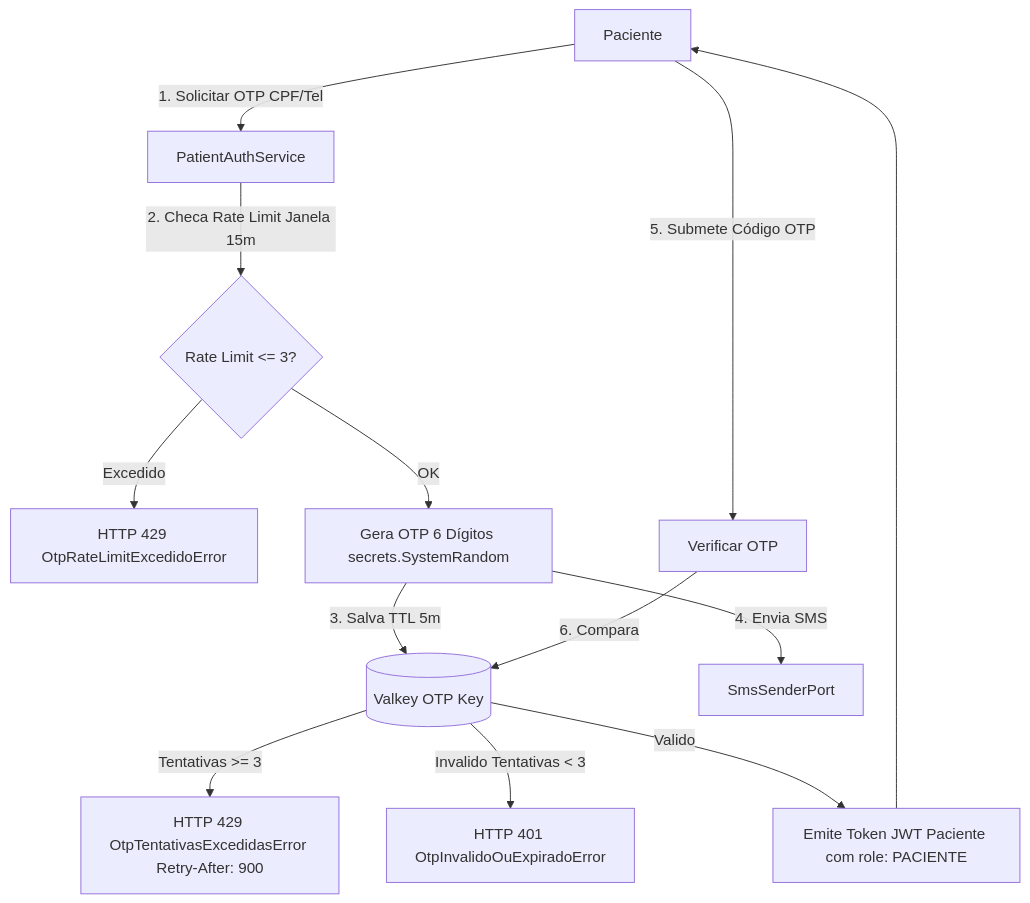
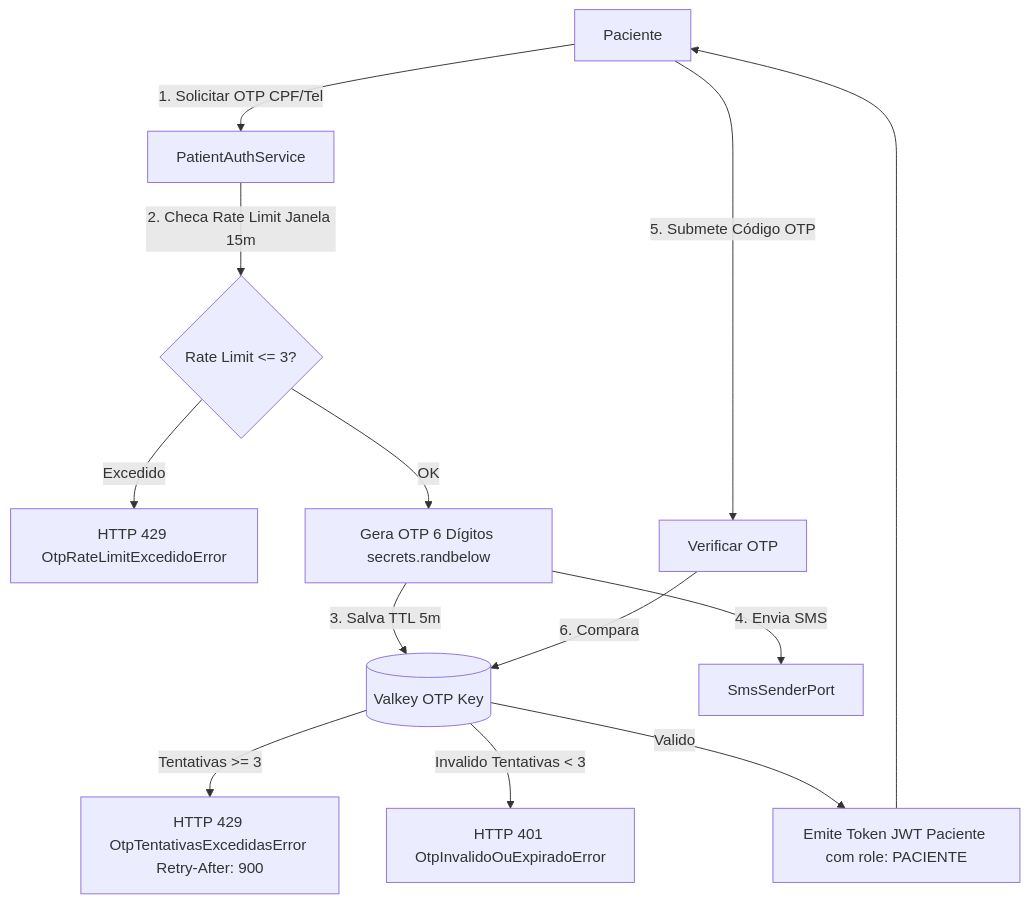
Before and after one commit to Rafaelp122/medisync: the second of 3 diagrams in docs/explanation/domains/auth-domain.md, drawn with Mermaid. The commit also changed other lines of this file and 27 other files, not shown here.

````diff
--- a/docs/explanation/domains/auth-domain.md
+++ b/docs/explanation/domains/auth-domain.md
@@ -51,15 +52,15 @@
 ```mermaid
 flowchart TD
     Paciente[Paciente] -->|1. Solicitar OTP CPF/Tel| Service[PatientAuthService]
     Service -->|2. Checa Rate Limit Janela 15m| RL{Rate Limit <= 3?}
     RL -->|Excedido| Err429[HTTP 429 OtpRateLimitExcedidoError]
-    RL -->|OK| Gen[Gera OTP 6 Dígitos secrets.SystemRandom]
+    RL -->|OK| Gen[Gera OTP 6 Dígitos secrets.randbelow]
     Gen -->|3. Salva TTL 5m| Valkey[(Valkey OTP Key)]
     Gen -->|4. Envia SMS| SMS[SmsSenderPort]
     Paciente -->|5. Submete Código OTP| Verify[Verificar OTP]
     Verify -->|6. Compara| Valkey
     Valkey -->|Tentativas >= 3| Err429Lockout[HTTP 429 OtpTentativasExcedidasError Retry-After: 900]
     Valkey -->|Invalido Tentativas < 3| Err401[HTTP 401 OtpInvalidoOuExpiradoError]
     Valkey -->|Valido| Token[Emite Token JWT Paciente com role: PACIENTE]
     Token --> Paciente
 ```
````
